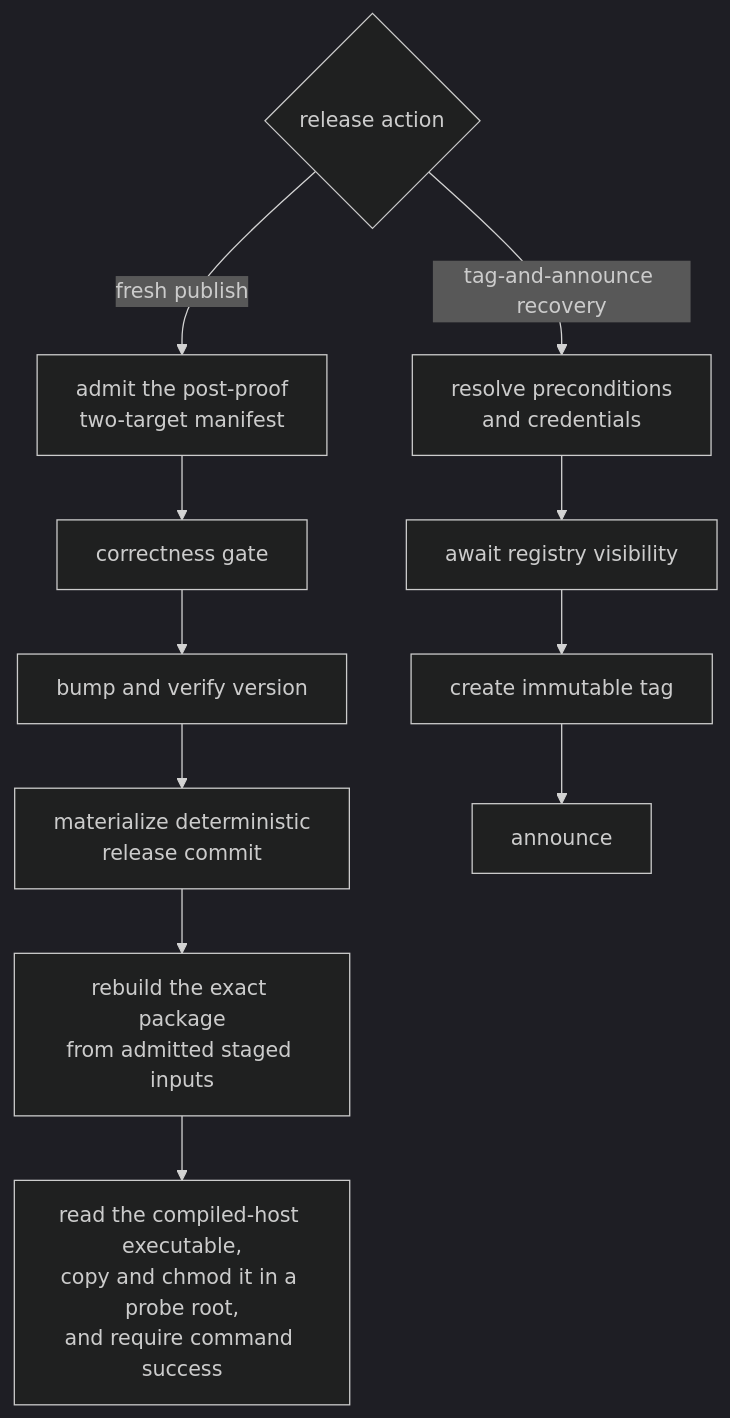
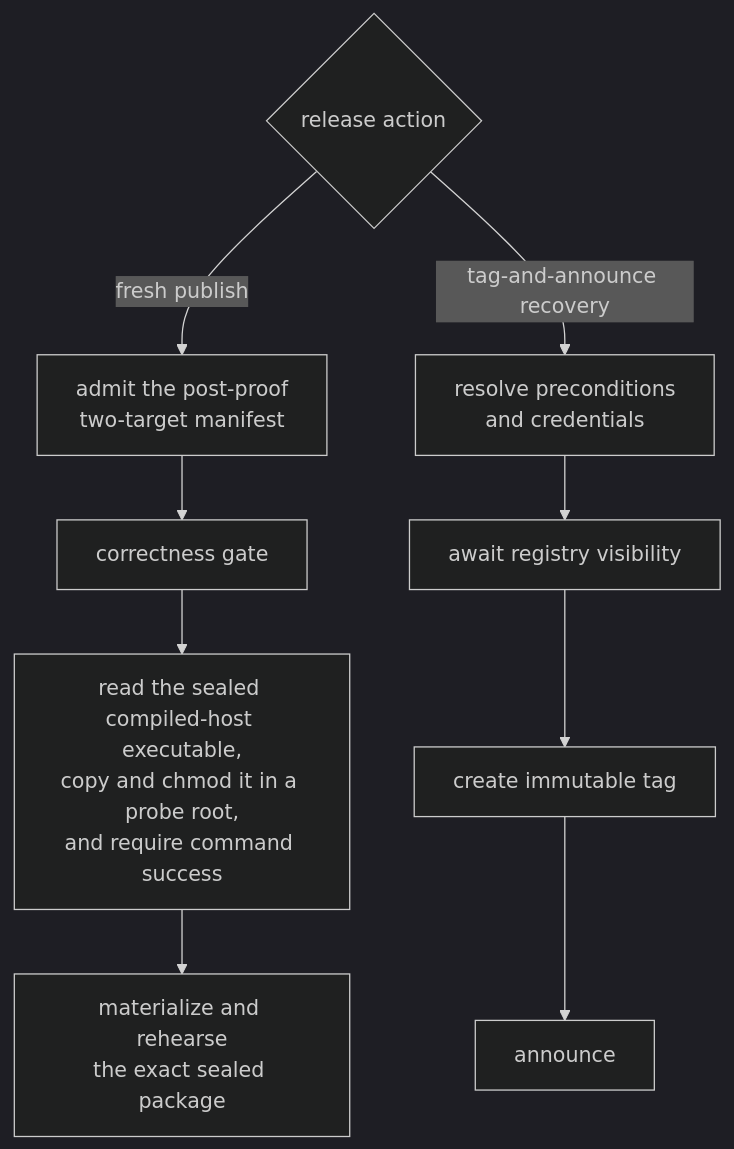
One commit to infimalabs/spice-rust changed the second of 10 diagrams in docs/product/planes/distribution.md. Above: the diagram before and after it, drawn with Mermaid (dark theme). The commit also changed other lines of this file and 20 other files, not shown here.

Commit message:
release: activate versions before sealing VERSION-dSFQbqb79

````diff
--- a/docs/product/planes/distribution.md
+++ b/docs/product/planes/distribution.md
@@ -73,14 +74,12 @@
 ```mermaid
 flowchart TD
   A{"release action"}
   A -- "fresh publish" --> SEAL["admit the post-proof<br/>two-target manifest"]
   SEAL --> COR["correctness gate"]
-  COR --> BUMP["bump and verify version"]
-  BUMP --> COMMIT["materialize deterministic<br/>release commit"]
-  COMMIT --> ART["rebuild the exact package<br/>from admitted staged inputs"]
-  ART --> PROBE["read the compiled-host executable,<br/>copy and chmod it in a probe root,<br/>and require command success"]
+  COR --> PROBE["read the sealed compiled-host executable,<br/>copy and chmod it in a probe root,<br/>and require command success"]
+  PROBE --> PKG["materialize and rehearse<br/>the exact sealed package"]
   A -- "tag-and-announce recovery" --> PRE["resolve preconditions<br/>and credentials"]
   PRE --> VIS["await registry visibility"]
   VIS --> TAG["create immutable tag"]
   TAG --> ANN["announce"]
 ```
````
